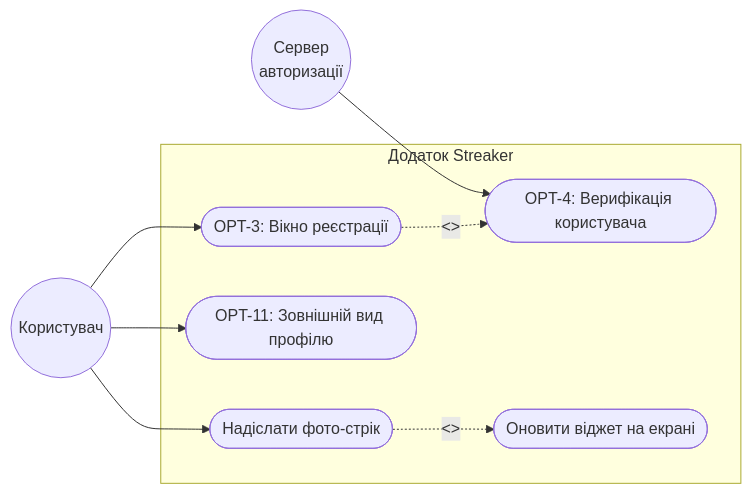
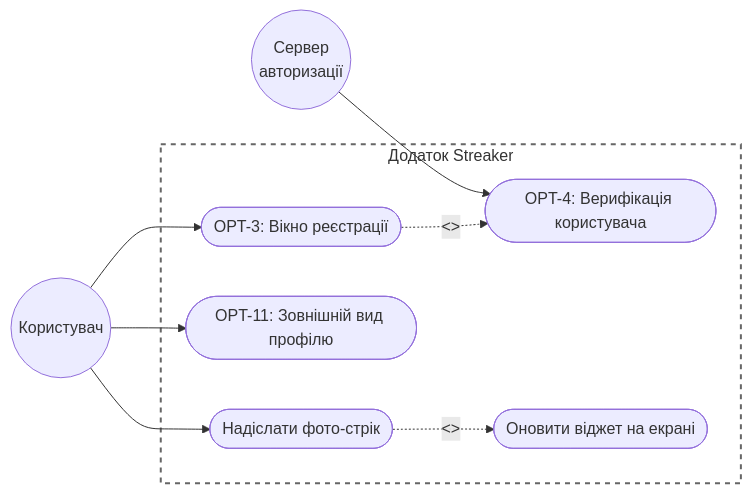
One commit to BimbaXdeV/OPI-Practice changed the first of 3 diagrams in README.md. Above: the diagram before and after it, drawn with Mermaid.

````diff
--- a/README.md
+++ b/README.md
@@ -17,22 +17,25 @@
 ```mermaid
 flowchart LR
     User((Користувач))
     Server((Сервер\nавторизації))
 
     subgraph System [Додаток Streaker]
         UC1([OPT-3: Вікно реєстрації])
         UC2([OPT-4: Верифікація користувача])
         UC3([OPT-11: Зовнішній вид профілю])
         UC4([Надіслати фото-стрік])
         UC5([Оновити віджет на екрані])
     end
 
+    %% Робимо фон прозорим, але залишаємо рамку системи
+    style System fill:transparent,stroke:#666,stroke-width:2px,stroke-dasharray: 5 5
+
     User --> UC1
     User --> UC3
     User --> UC4
     
     UC1 -. "<<include>>" .-> UC2
     Server --> UC2
     
     UC4 -. "<<include>>" .-> UC5
 ```
````
